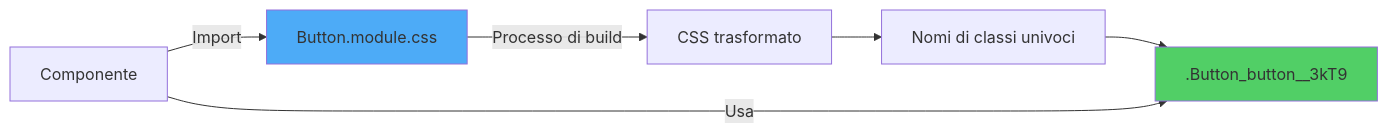
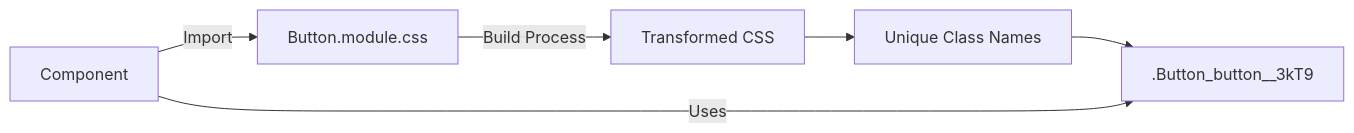
Before and after one commit to BabaScience/react-guides: the second of 6 diagrams in arguments/chapters/it/04-react-styling.md, drawn with Mermaid. The commit also changed other lines of this file and 29 other files, not shown here.

First line of the commit message:
Bring React FR/IT translations to full English parity + theme-safe diagrams

````diff
--- a/arguments/chapters/it/04-react-styling.md
+++ b/arguments/chapters/it/04-react-styling.md
@@ -83,12 +368,10 @@
 ```mermaid
 graph LR
-    A[Button.module.css] -->|Processo di build| B[CSS trasformato]
-    B --> C[Nomi di classi univoci]
+    A[Button.module.css] -->|Build Process| B[Transformed CSS]
+    B --> C[Unique Class Names]
     C --> D[.Button_button__3kT9]
     
-    E[Componente] -->|Import| A
-    E -->|Usa| D
+    E[Component] -->|Import| A
+    E -->|Uses| D
     
-    style A fill:#4dabf7
-    style D fill:#51cf66
 ```
````
